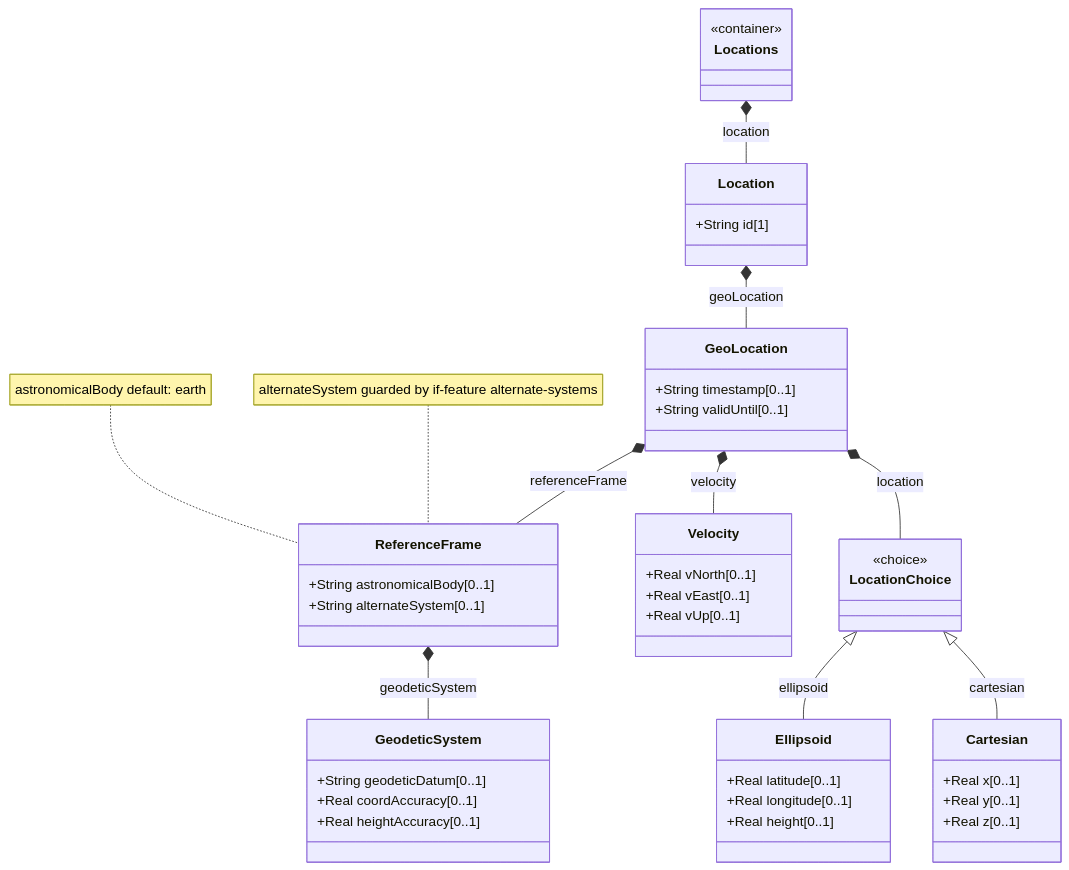
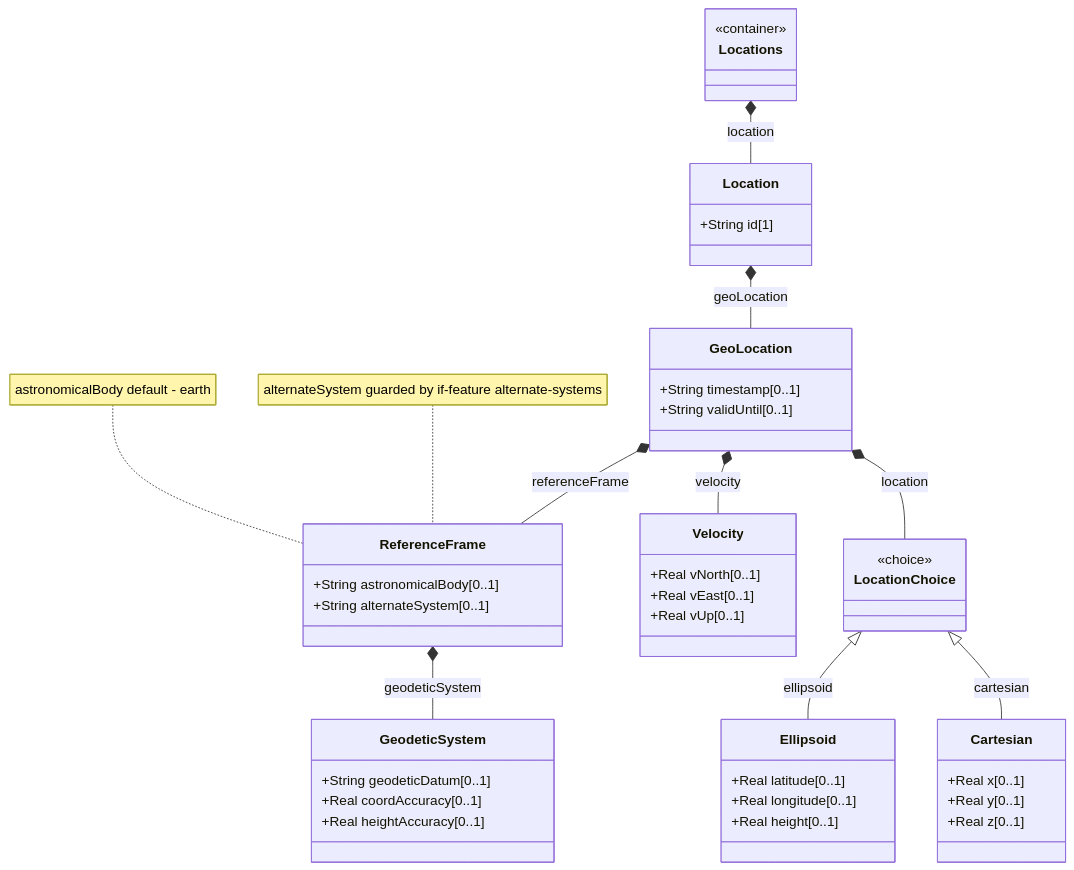
Before and after one commit to gintatkinson/3dgs-030: the diagram in docs/features/feat-03-geographic-location.md, drawn with Mermaid. The commit also changed 12 other files, not shown here.

Commit message:
fix: remove colons from Mermaid note strings and <<case>> from relationship edges across all features, epics, and use cases

````diff
--- a/docs/features/feat-03-geographic-location.md
+++ b/docs/features/feat-03-geographic-location.md
@@ -23,50 +23,50 @@
 ```mermaid
 classDiagram
     class Locations {
         <<container>>
     }
     class Location {
         +String id[1]
     }
     class GeoLocation {
         +String timestamp[0..1]
         +String validUntil[0..1]
     }
     class ReferenceFrame {
         +String astronomicalBody[0..1]
         +String alternateSystem[0..1]
     }
     class GeodeticSystem {
         +String geodeticDatum[0..1]
         +Real coordAccuracy[0..1]
         +Real heightAccuracy[0..1]
     }
     class Ellipsoid {
         +Real latitude[0..1]
         +Real longitude[0..1]
         +Real height[0..1]
     }
     class Cartesian {
         +Real x[0..1]
         +Real y[0..1]
         +Real z[0..1]
     }
     class Velocity {
         +Real vNorth[0..1]
         +Real vEast[0..1]
         +Real vUp[0..1]
     }
     class LocationChoice {
         <<choice>>
     }
     Locations *-- Location : location
     Location *-- GeoLocation : geoLocation
     GeoLocation *-- ReferenceFrame : referenceFrame
     ReferenceFrame *-- GeodeticSystem : geodeticSystem
     GeoLocation *-- LocationChoice : location
     LocationChoice <|-- Ellipsoid : ellipsoid
     LocationChoice <|-- Cartesian : cartesian
     GeoLocation *-- Velocity : velocity
-    note for ReferenceFrame "astronomicalBody default: earth"
+    note for ReferenceFrame "astronomicalBody default - earth"
     note for ReferenceFrame "alternateSystem guarded by if-feature alternate-systems"
 ```
````
